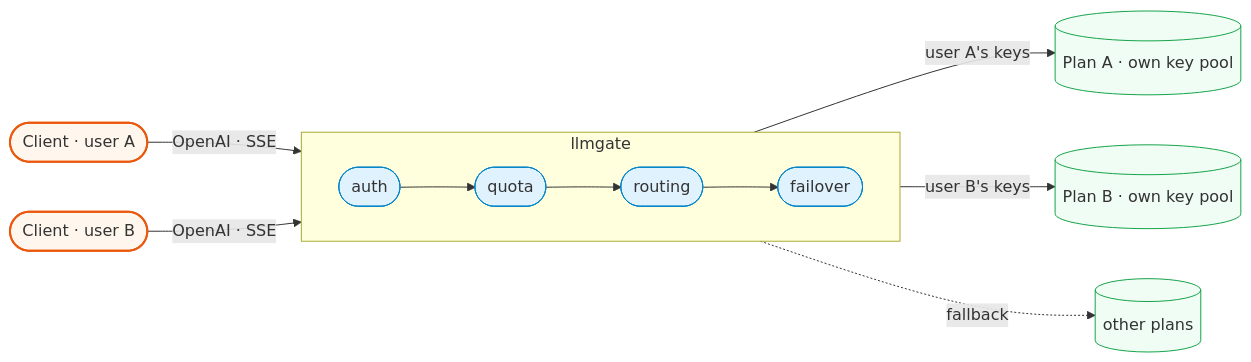
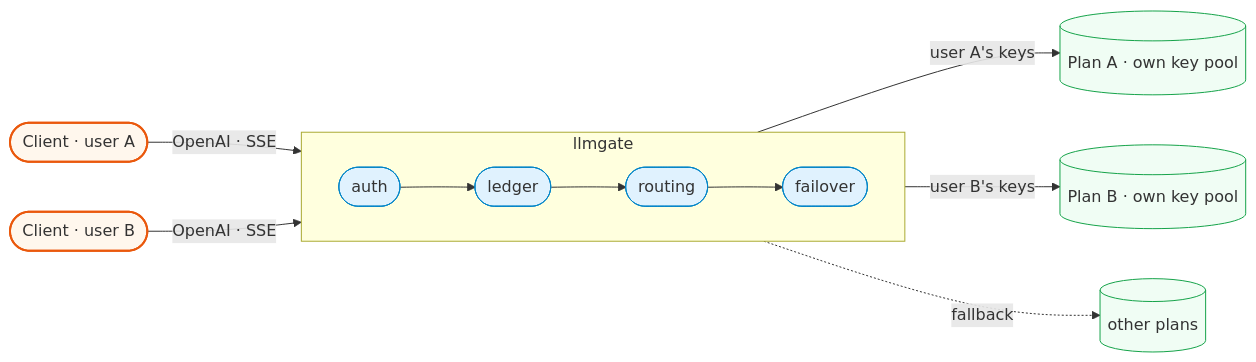
One commit to zetatez/llmgate changed the diagram in README.md. Above: the diagram before and after it, drawn with Mermaid. The commit also changed other lines of this file and 48 other files, not shown here.

````diff
--- a/README.md
+++ b/README.md
@@ -5,26 +5,26 @@
 ```mermaid
 flowchart LR
     CLI(["Client · user A"])
     CLI2(["Client · user B"])
 
     subgraph GW["llmgate"]
         direction LR
-        A(["auth"]) --> Q(["quota"]) --> R(["routing"]) --> F(["failover"])
+        A(["auth"]) --> Q(["ledger"]) --> R(["routing"]) --> F(["failover"])
     end
 
     CLI -- "OpenAI · SSE" --> A
     CLI2 -- "OpenAI · SSE" --> A
     R -- "user A's keys" --> P1[("Plan A · own key pool")]
     F -- "user B's keys" --> P2[("Plan B · own key pool")]
     F -. "fallback" .-> P3[("other plans")]
 
     style CLI fill:#fff7ed,stroke:#ea580c,stroke-width:2px
     style CLI2 fill:#fff7ed,stroke:#ea580c,stroke-width:2px
     style A fill:#e0f2fe,stroke:#0284c7
     style Q fill:#e0f2fe,stroke:#0284c7
     style R fill:#e0f2fe,stroke:#0284c7
     style F fill:#e0f2fe,stroke:#0284c7
     style P1 fill:#f0fdf4,stroke:#16a34a
     style P2 fill:#f0fdf4,stroke:#16a34a
     style P3 fill:#f0fdf4,stroke:#16a34a
 ```
````
